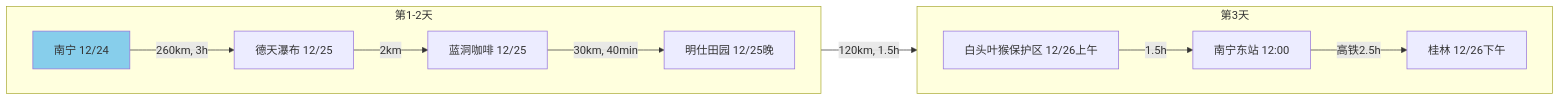
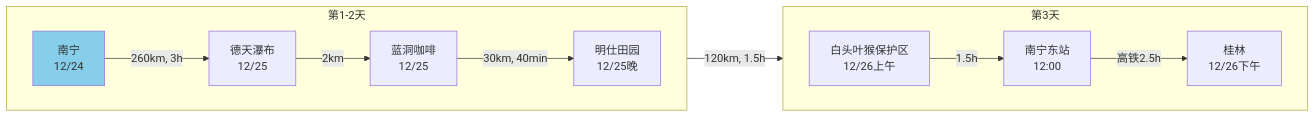
Before and after one commit to yzfneo/yzfneo.github.io: the first of 4 diagrams in _posts/2025-12-09-guangxi-travel.md, drawn with Mermaid. The commit also changed other lines of this file, not shown here.

First line of the commit message:
docs: enhance travel itinerary layout with Mermaid and table formatting

````diff
--- a/_posts/2025-12-09-guangxi-travel.md
+++ b/_posts/2025-12-09-guangxi-travel.md
@@ -14,19 +14,19 @@
 ```mermaid
 graph LR
     subgraph "第1-2天"
         direction LR
-        A[南宁 12/24]
-        A -->|260km, 3h| B[德天瀑布 12/25]
-        B -->|2km| C[蓝洞咖啡 12/25]
-        C -->|30km, 40min| D[明仕田园 12/25晚]
+        A[南宁<br/>12/24]
+        A -->|260km, 3h| B[德天瀑布<br/>12/25]
+        B -->|2km| C[蓝洞咖啡<br/>12/25]
+        C -->|30km, 40min| D[明仕田园<br/>12/25晚]
     end
 
     subgraph "第3天"
         direction LR
-        D -->|120km, 1.5h| E[白头叶猴保护区 12/26上午]
-        E -->|1.5h| F[南宁东站 12:00]
-        F -->|高铁2.5h| G[桂林 12/26下午]
+        D -->|120km, 1.5h| E[白头叶猴保护区<br/>12/26上午]
+        E -->|1.5h| F[南宁东站<br/>12:00]
+        F -->|高铁2.5h| G[桂林<br/>12/26下午]
     end
 
     style A fill:#87CEEB
 ```
````
